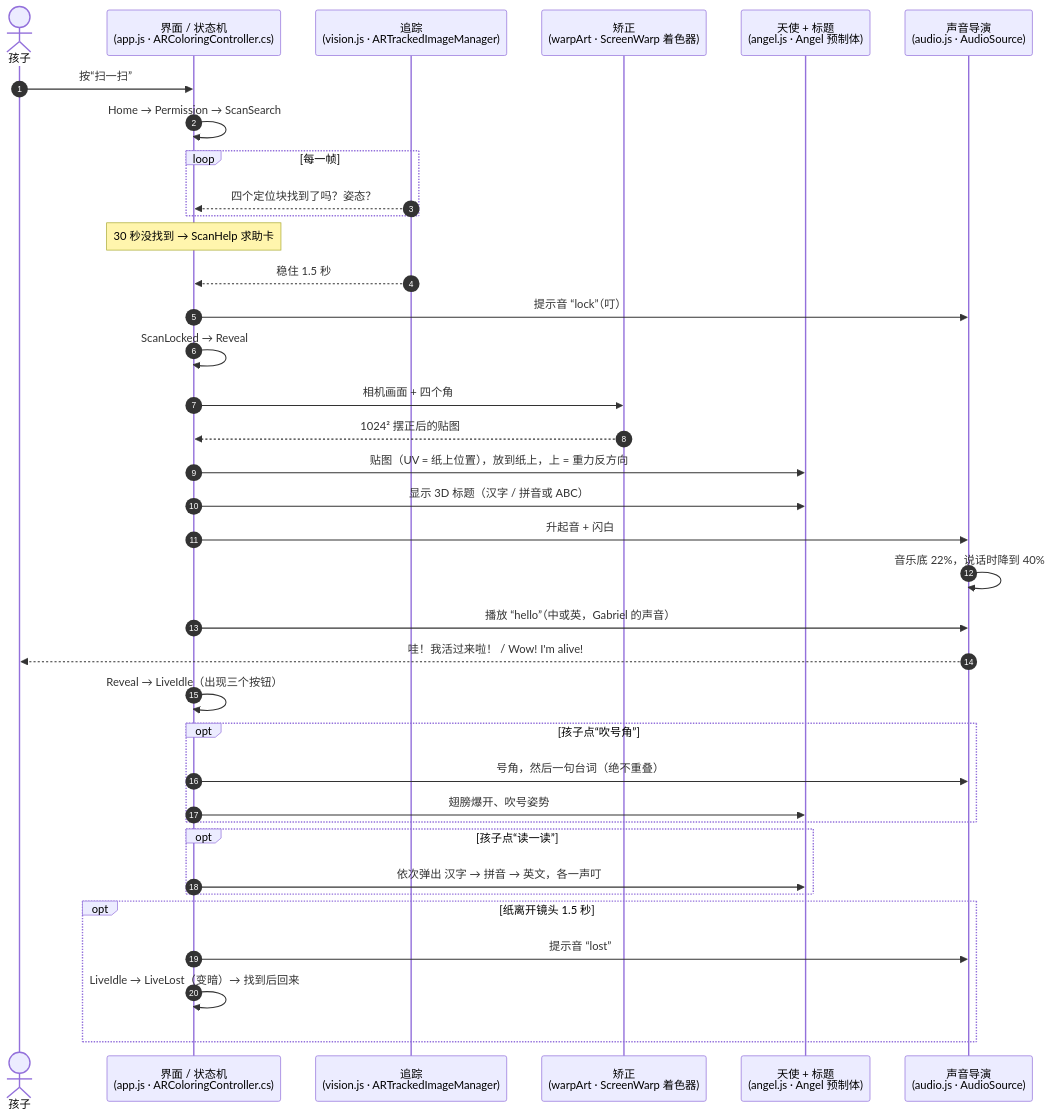
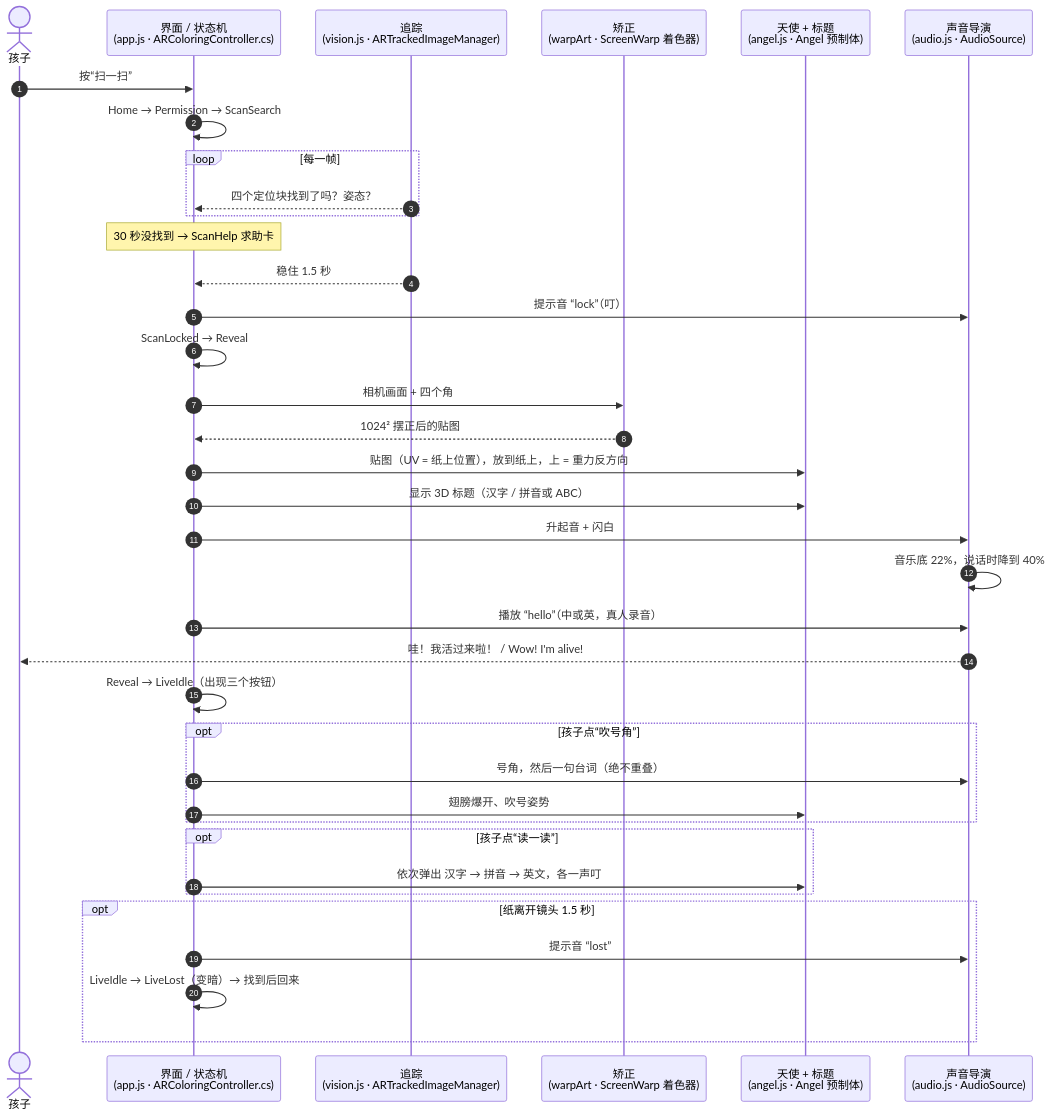
Before and after one commit to GabrielPower1969/doodlive: the third of 5 diagrams in README.zh.md, drawn with Mermaid. The commit also changed other lines of this file and 630 other files, not shown here.

````diff
--- a/README.zh.md
+++ b/README.zh.md
@@ -150,40 +150,40 @@
 ```mermaid
 sequenceDiagram
     autonumber
     actor K as 孩子
     participant UI as 界面 / 状态机<br/>(app.js · ARColoringController.cs)
     participant Track as 追踪<br/>(vision.js · ARTrackedImageManager)
     participant Warp as 矫正<br/>(warpArt · ScreenWarp 着色器)
     participant Angel as 天使 + 标题<br/>(angel.js · Angel 预制体)
     participant Audio as 声音导演<br/>(audio.js · AudioSource)
 
     K->>UI: 按“扫一扫”
     UI->>UI: Home → Permission → ScanSearch
     loop 每一帧
         Track-->>UI: 四个定位块找到了吗？姿态？
     end
     Note over UI: 30 秒没找到 → ScanHelp 求助卡
     Track-->>UI: 稳住 1.5 秒
     UI->>Audio: 提示音 “lock”（叮）
     UI->>UI: ScanLocked → Reveal
     UI->>Warp: 相机画面 + 四个角
     Warp-->>UI: 1024² 摆正后的贴图
     UI->>Angel: 贴图（UV = 纸上位置），放到纸上，上 = 重力反方向
     UI->>Angel: 显示 3D 标题（汉字 / 拼音或 ABC）
     UI->>Audio: 升起音 + 闪白
     Audio->>Audio: 音乐底 22%，说话时降到 40%
-    UI->>Audio: 播放 “hello”（中或英，Gabriel 的声音）
+    UI->>Audio: 播放 “hello”（中或英，真人录音）
     Audio-->>K: 哇！我活过来啦！ / Wow! I'm alive!
     UI->>UI: Reveal → LiveIdle（出现三个按钮）
     opt 孩子点“吹号角”
         UI->>Audio: 号角，然后一句台词（绝不重叠）
         UI->>Angel: 翅膀爆开、吹号姿势
     end
     opt 孩子点“读一读”
         UI->>Angel: 依次弹出 汉字 → 拼音 → 英文，各一声叮
     end
     opt 纸离开镜头 1.5 秒
         UI->>Audio: 提示音 “lost”
         UI->>UI: LiveIdle → LiveLost（变暗）→ 找到后回来
     end
 ```
````
